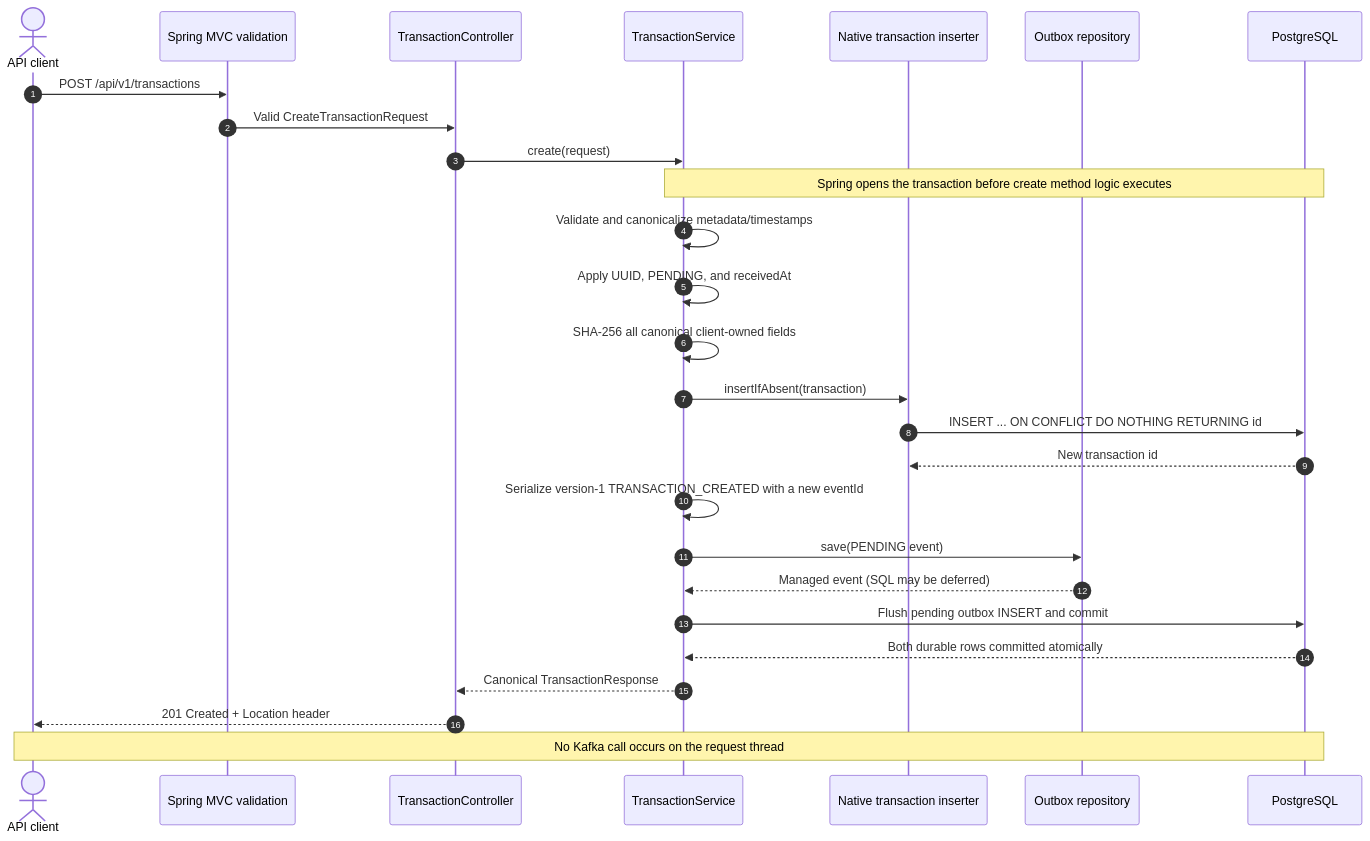
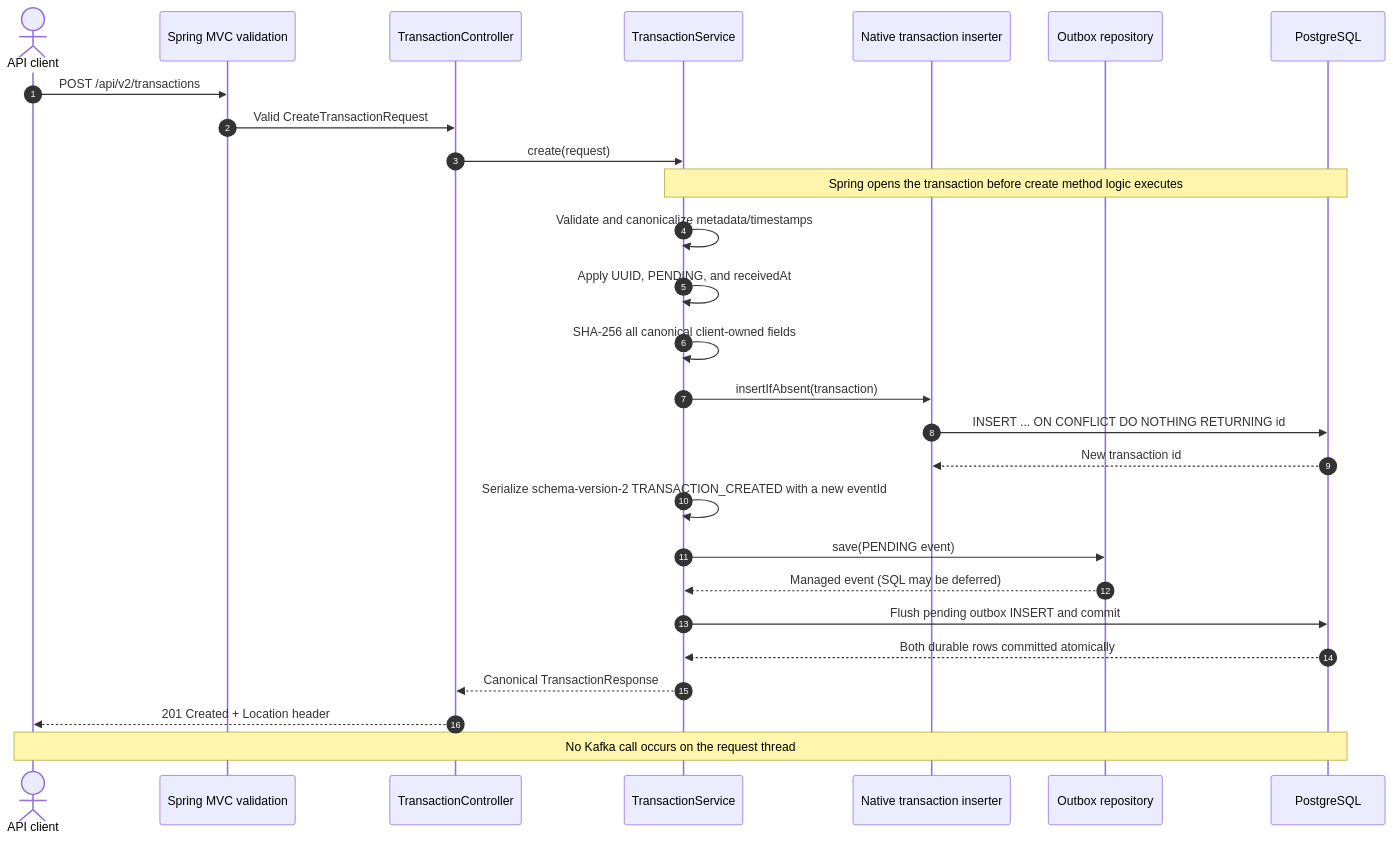
The first of 19 diagrams in docs/sequence-diagrams.md (tarunngusain08/transaction-outbox-service), drawn with Mermaid before and after one commit. The commit also changed other lines of this file and 8 other files, not shown here.

````diff
--- a/docs/sequence-diagrams.md
+++ b/docs/sequence-diagrams.md
@@ -14,30 +14,30 @@
 ```mermaid
 sequenceDiagram
     autonumber
     actor Client as API client
     participant MVC as Spring MVC validation
     participant Controller as TransactionController
     participant Service as TransactionService
     participant Inserter as Native transaction inserter
     participant OutboxRepo as Outbox repository
     participant DB as PostgreSQL
 
-    Client->>MVC: POST /api/v1/transactions
+    Client->>MVC: POST /api/v2/transactions
     MVC->>Controller: Valid CreateTransactionRequest
     Controller->>Service: create(request)
     Note over Service,DB: Spring opens the transaction before create method logic executes
     Service->>Service: Validate and canonicalize metadata/timestamps
     Service->>Service: Apply UUID, PENDING, and receivedAt
     Service->>Service: SHA-256 all canonical client-owned fields
     Service->>Inserter: insertIfAbsent(transaction)
     Inserter->>DB: INSERT ... ON CONFLICT DO NOTHING RETURNING id
     DB-->>Inserter: New transaction id
-    Service->>Service: Serialize version-1 TRANSACTION_CREATED with a new eventId
+    Service->>Service: Serialize schema-version-2 TRANSACTION_CREATED with a new eventId
     Service->>OutboxRepo: save(PENDING event)
     OutboxRepo-->>Service: Managed event (SQL may be deferred)
     Service->>DB: Flush pending outbox INSERT and commit
     DB-->>Service: Both durable rows committed atomically
     Service-->>Controller: Canonical TransactionResponse
     Controller-->>Client: 201 Created + Location header
     Note over Client,DB: No Kafka call occurs on the request thread
 ```
````
